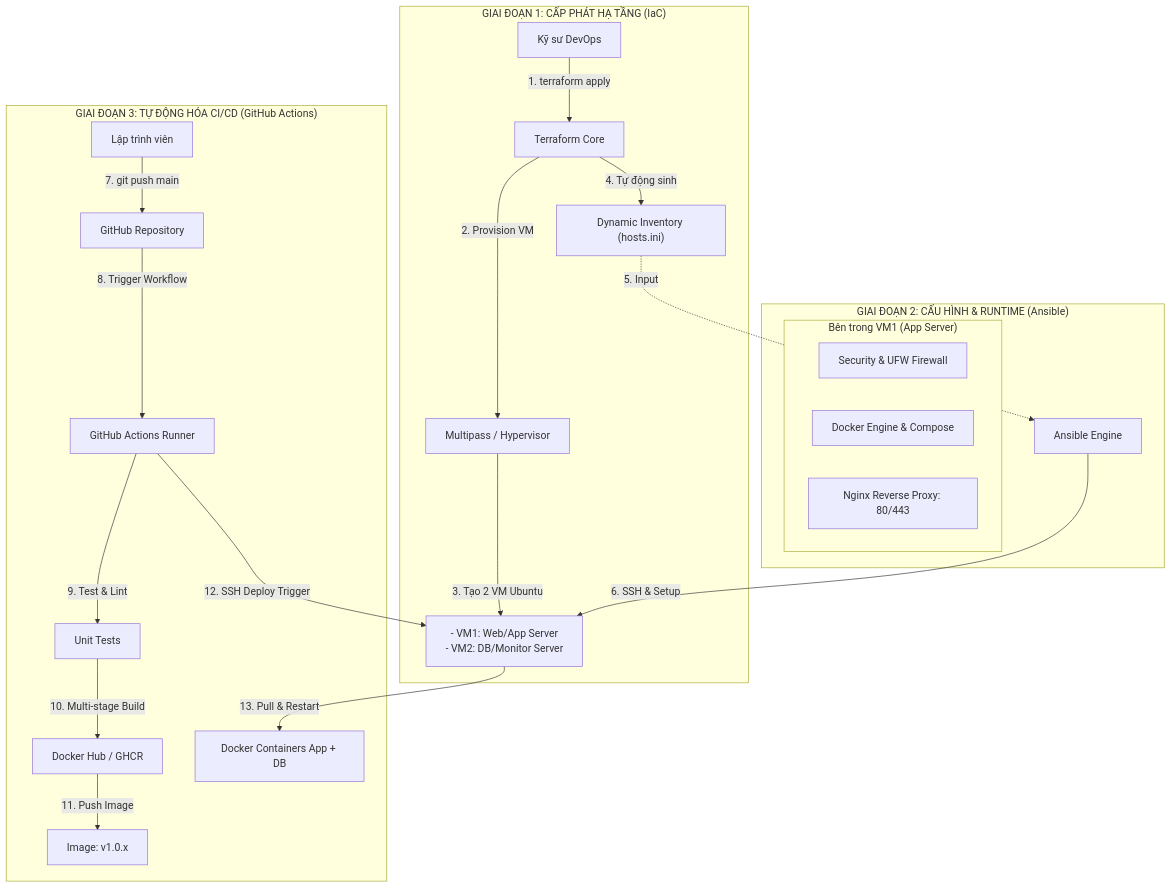
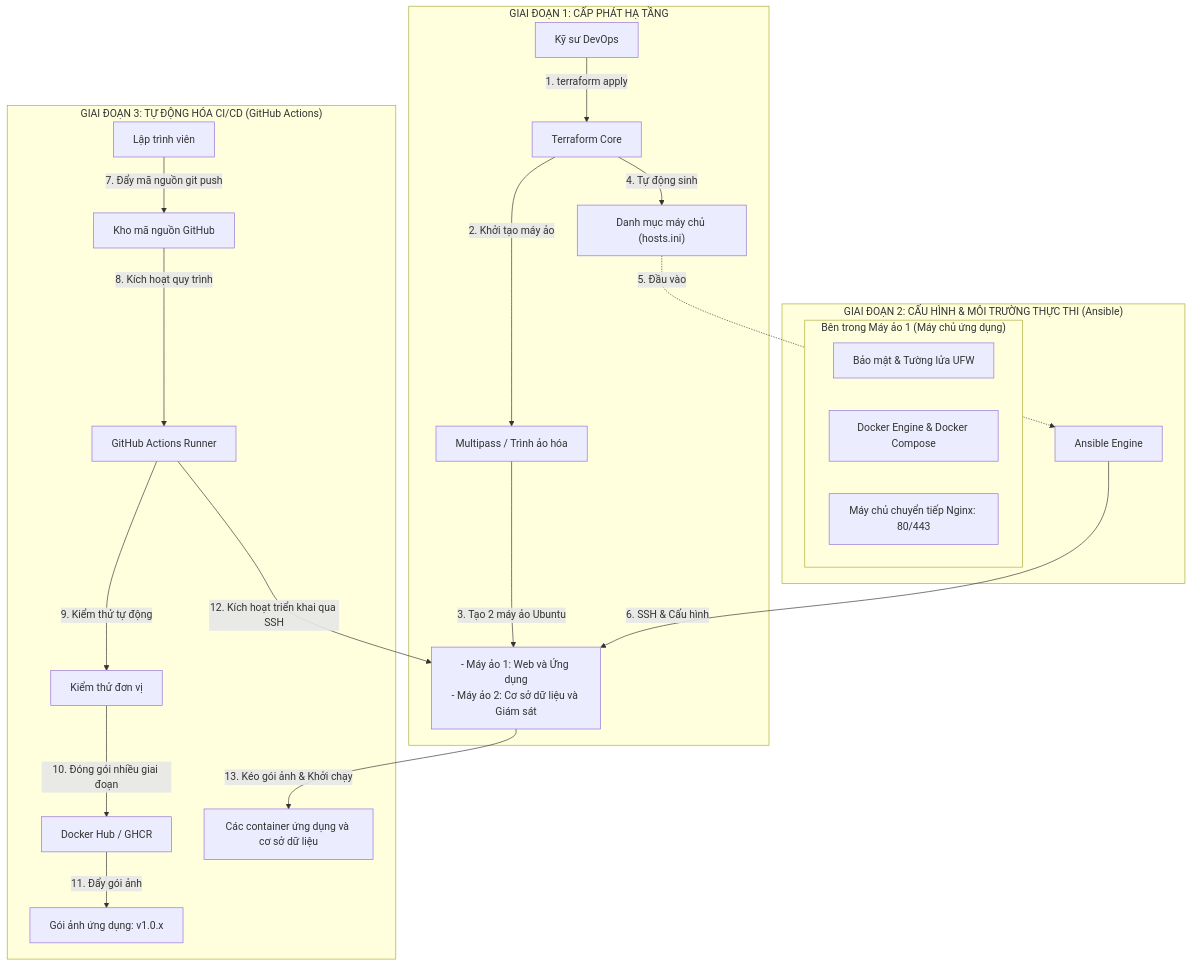
One commit to pvduy23052005/cse408-software-engineering-special-topic changed the first of 2 diagrams in README.md. Above: the diagram before and after it, drawn with Mermaid. The commit also changed other lines of this file and 6 other files, not shown here.

````diff
--- a/README.md
+++ b/README.md
@@ -56,29 +61,29 @@
 ```mermaid
 flowchart TD
-    subgraph Phase1["GIAI ĐOẠN 1: CẤP PHÁT HẠ TẦNG (IaC)"]
+    subgraph Phase1["GIAI ĐOẠN 1: CẤP PHÁT HẠ TẦNG"]
         Dev[Kỹ sư DevOps] -->|1. terraform apply| TF[Terraform Core]
-        TF -->|2. Provision VM| MP[Multipass / Hypervisor]
-        MP -->|3. Tạo 2 VM Ubuntu| VMs["- VM1: Web/App Server\n- VM2: DB/Monitor Server"]
-        TF -->|4. Tự động sinh| Inv["Dynamic Inventory (hosts.ini)"]
+        TF -->|2. Khởi tạo máy ảo| MP[Multipass / Trình ảo hóa]
+        MP -->|3. Tạo 2 máy ảo Ubuntu| VMs["- Máy ảo 1: Web và Ứng dụng\n- Máy ảo 2: Cơ sở dữ liệu và Giám sát"]
+        TF -->|4. Tự động sinh| Inv["Danh mục máy chủ (hosts.ini)"]
     end
 
-    subgraph Phase2["GIAI ĐOẠN 2: CẤU HÌNH & RUNTIME (Ansible)"]
-        Inv -.->|5. Input| Ans[Ansible Engine]
-        Ans -->|6. SSH & Setup| VMs
-        subgraph InsideVM["Bên trong VM1 (App Server)"]
-            Sec[Security & UFW Firewall]
-            Dk[Docker Engine & Compose]
-            Ng[Nginx Reverse Proxy: 80/443]
+    subgraph Phase2["GIAI ĐOẠN 2: CẤU HÌNH & MÔI TRƯỜNG THỰC THI (Ansible)"]
+        Inv -.->|5. Đầu vào| Ans[Ansible Engine]
+        Ans -->|6. SSH & Cấu hình| VMs
+        subgraph InsideVM["Bên trong Máy ảo 1 (Máy chủ ứng dụng)"]
+            Sec[Bảo mật & Tường lửa UFW]
+            Dk[Docker Engine & Docker Compose]
+            Ng[Máy chủ chuyển tiếp Nginx: 80/443]
         end
     end
 
     subgraph Phase3["GIAI ĐOẠN 3: TỰ ĐỘNG HÓA CI/CD (GitHub Actions)"]
-        Code[Lập trình viên] -->|7. git push main| GH[GitHub Repository]
-        GH -->|8. Trigger Workflow| GHA[GitHub Actions Runner]
-        GHA -->|9. Test & Lint| Test[Unit Tests]
-        Test -->|10. Multi-stage Build| DHub[Docker Hub / GHCR]
-        DHub -->|11. Push Image| Img[Image: v1.0.x]
-        GHA -->|12. SSH Deploy Trigger| VMs
-        VMs -->|13. Pull & Restart| Cont[Docker Containers App + DB]
+        Code[Lập trình viên] -->|7. Đẩy mã nguồn git push| GH[Kho mã nguồn GitHub]
+        GH -->|8. Kích hoạt quy trình| GHA[GitHub Actions Runner]
+        GHA -->|9. Kiểm thử tự động| Test[Kiểm thử đơn vị]
+        Test -->|10. Đóng gói nhiều giai đoạn| DHub[Docker Hub / GHCR]
+        DHub -->|11. Đẩy gói ảnh| Img[Gói ảnh ứng dụng: v1.0.x]
+        GHA -->|12. Kích hoạt triển khai qua SSH| VMs
+        VMs -->|13. Kéo gói ảnh & Khởi chạy| Cont[Các container ứng dụng và cơ sở dữ liệu]
     end
 ```
````
